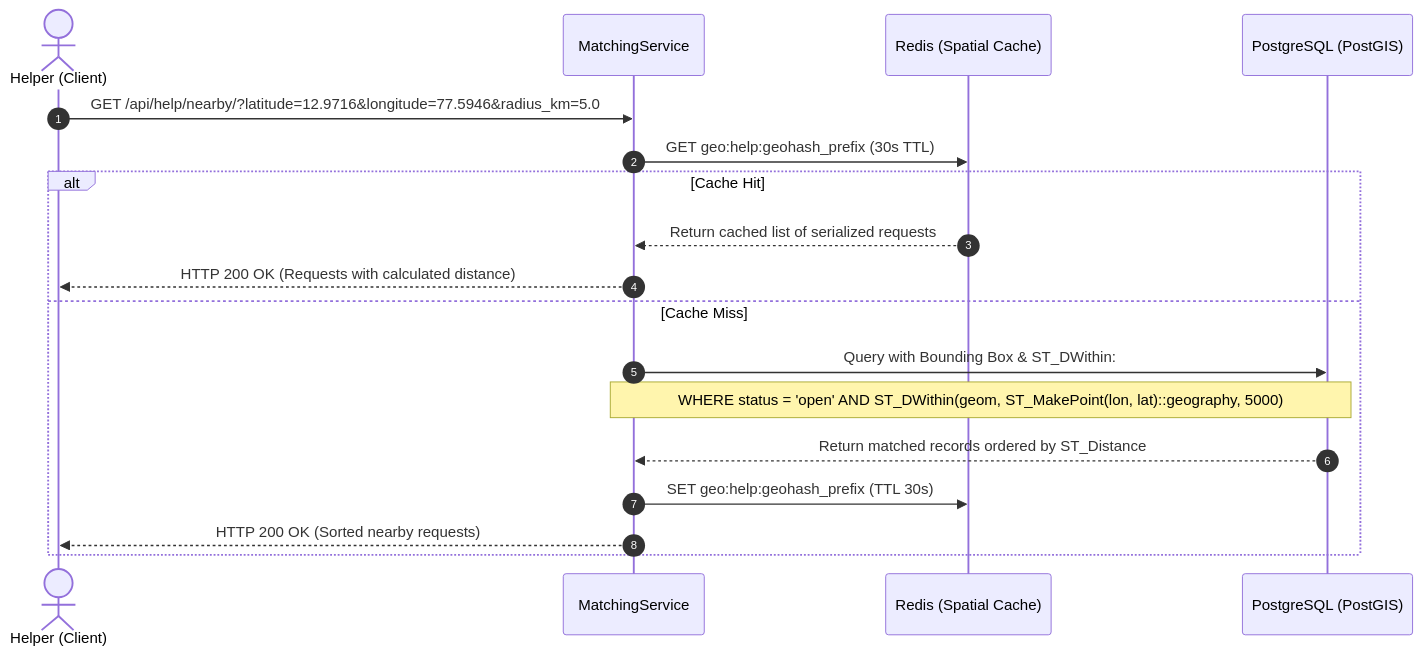
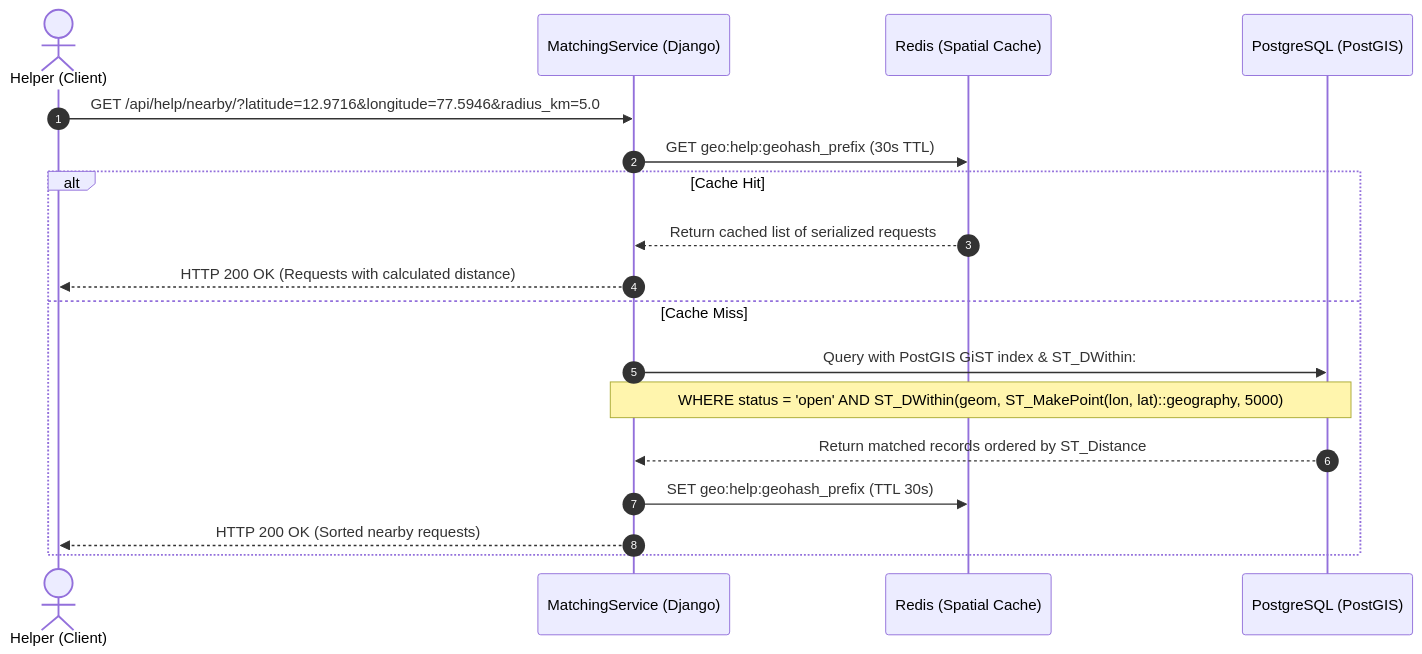
The third of 9 diagrams in docs/system-design.md (gctrupti/hoodi), drawn with Mermaid before and after one commit. The commit also changed other lines of this file and 6 other files, not shown here.

Commit message:
docs(architecture): update system design blueprint, ADRs, and database migration audit scripts

````diff
--- a/docs/system-design.md
+++ b/docs/system-design.md
@@ -289,21 +291,21 @@
 ```mermaid
 sequenceDiagram
     autonumber
     actor Helper as Helper (Client)
-    participant API as MatchingService
+    participant API as MatchingService (Django)
     participant Cache as Redis (Spatial Cache)
     participant DB as PostgreSQL (PostGIS)
 
     Helper->>API: GET /api/help/nearby/?latitude=12.9716&longitude=77.5946&radius_km=5.0
     API->>Cache: GET geo:help:geohash_prefix (30s TTL)
     alt Cache Hit
         Cache-->>API: Return cached list of serialized requests
         API-->>Helper: HTTP 200 OK (Requests with calculated distance)
     else Cache Miss
-        API->>DB: Query with Bounding Box & ST_DWithin:
+        API->>DB: Query with PostGIS GiST index & ST_DWithin:
         Note over API,DB: WHERE status = 'open' AND ST_DWithin(geom, ST_MakePoint(lon, lat)::geography, 5000)
         DB-->>API: Return matched records ordered by ST_Distance
         API->>Cache: SET geo:help:geohash_prefix (TTL 30s)
         API-->>Helper: HTTP 200 OK (Sorted nearby requests)
     end
 ```
````
